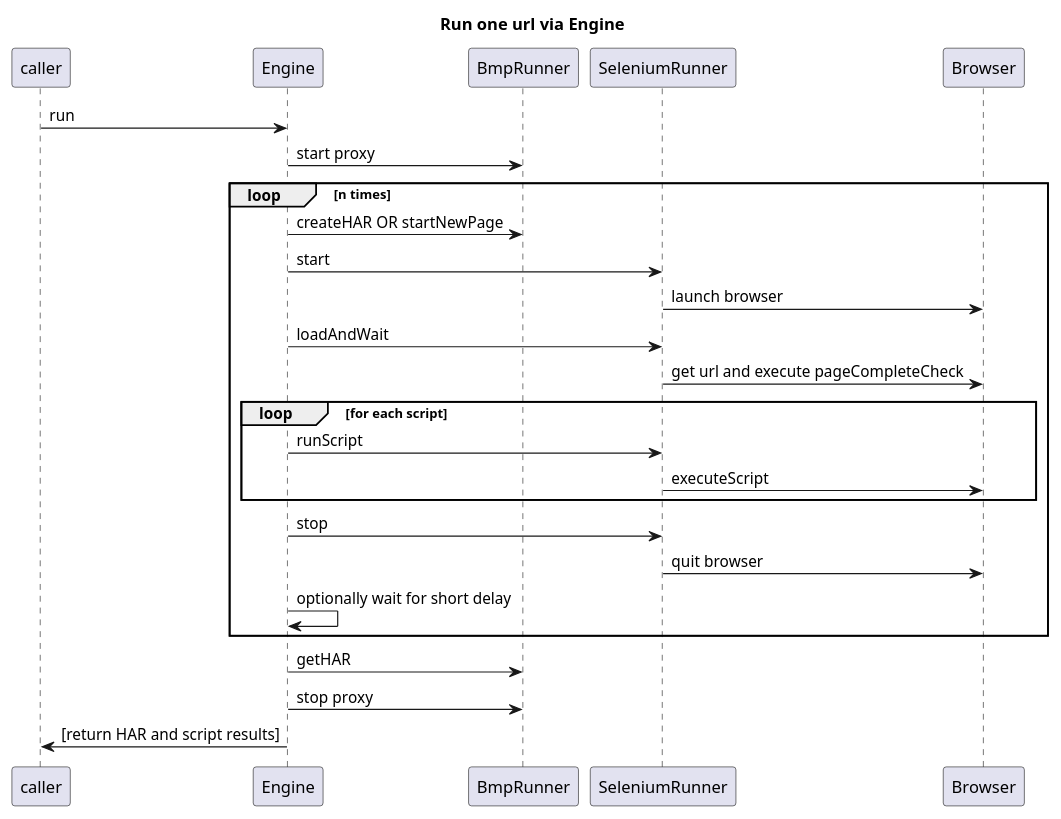
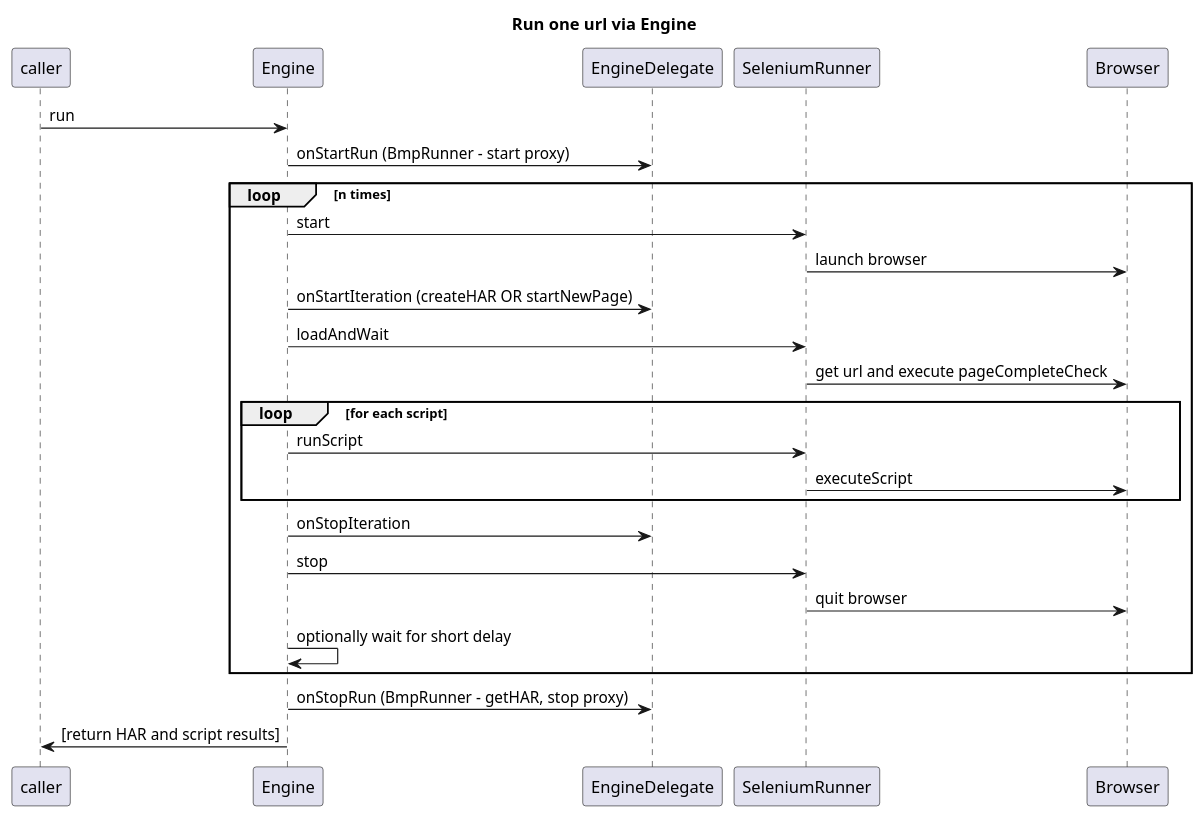
The diagram in doc/sequence-diagrams/run.wsd (sitespeedio/browsertime), drawn with PlantUML before and after one commit.

Commit message:
Update docs with latest changes.

```diff
--- a/doc/sequence-diagrams/run.wsd
+++ b/doc/sequence-diagrams/run.wsd
@@ -1,24 +1,24 @@
 title Run one url via Engine
 
 caller -> Engine: run
-Engine -> BmpRunner: start proxy
+Engine -> EngineDelegate: onStartRun (BmpRunner - start proxy)
 
 loop n times
-  Engine -> BmpRunner: createHAR OR startNewPage
   Engine -> SeleniumRunner: start
   SeleniumRunner -> Browser: launch browser
+  Engine -> EngineDelegate: onStartIteration (createHAR OR startNewPage)
   Engine -> SeleniumRunner: loadAndWait
   SeleniumRunner -> Browser: get url and execute pageCompleteCheck
   loop for each script
     Engine -> SeleniumRunner: runScript
     SeleniumRunner -> Browser: executeScript
   end
+  Engine -> EngineDelegate: onStopIteration
   Engine -> SeleniumRunner: stop
   SeleniumRunner -> Browser: quit browser
   Engine -> Engine: optionally wait for short delay
 end
 
-Engine -> BmpRunner: getHAR
-Engine -> BmpRunner: stop proxy
+Engine -> EngineDelegate: onStopRun (BmpRunner - getHAR, stop proxy)
 
 Engine -> caller : [return HAR and script results]
```
